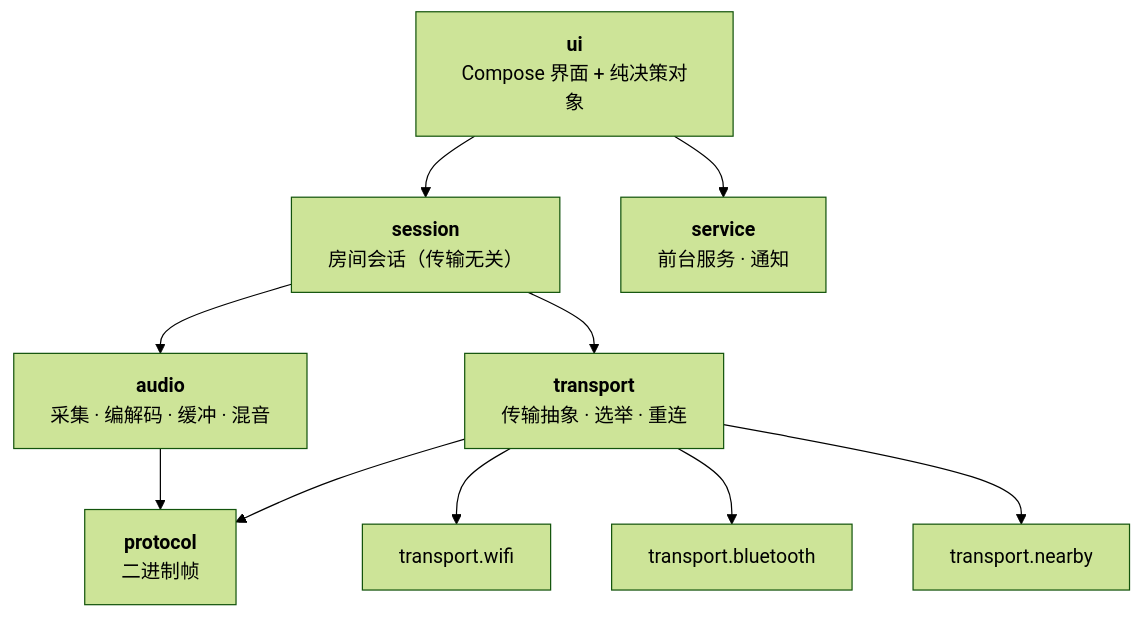
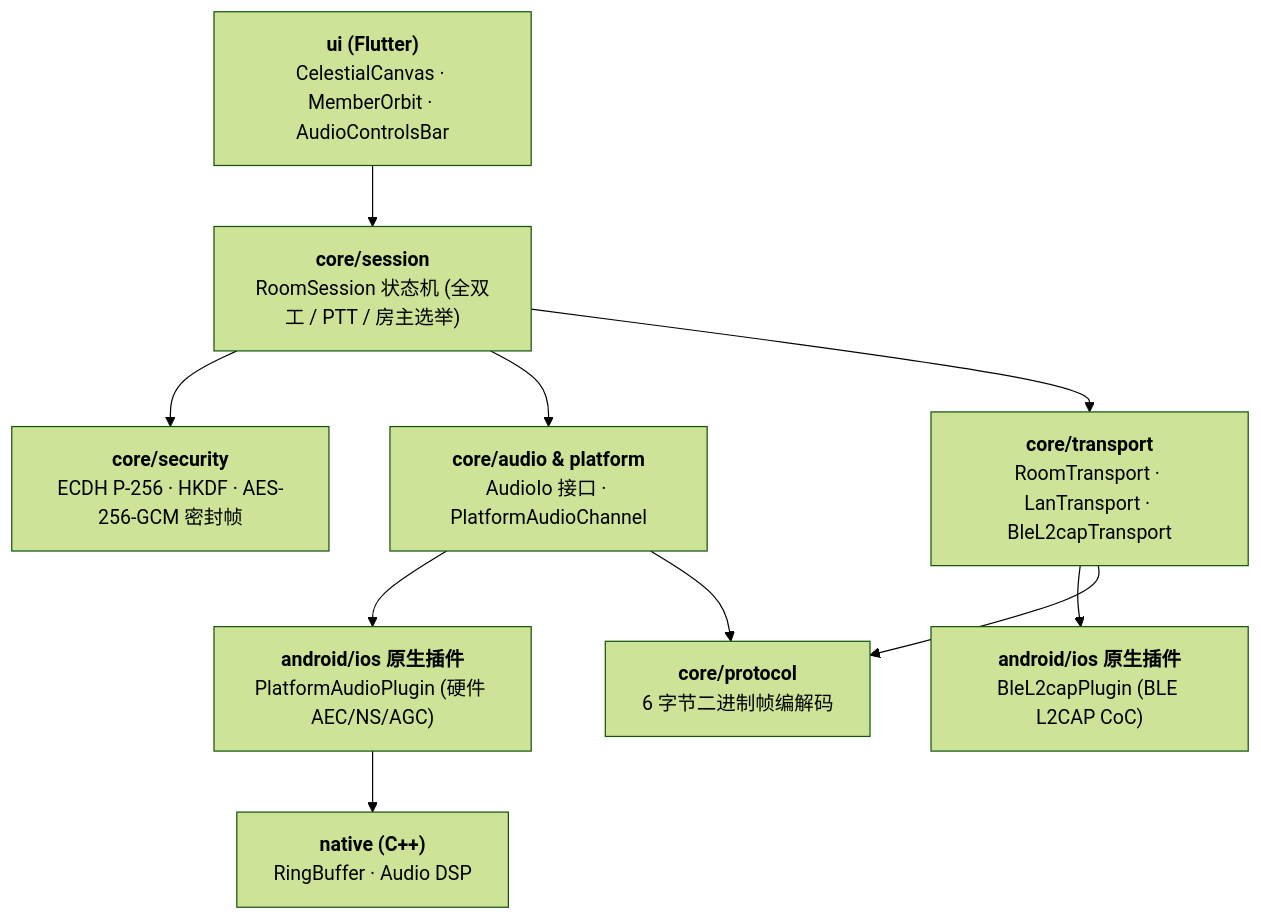
Before and after one commit to Starlordzz/sunsetripple: the diagram in docs/wiki/架构总览.md, drawn with Mermaid (forest theme). The commit also changed other lines of this file and 6 other files, not shown here.

````diff
--- a/docs/wiki/架构总览.md
+++ b/docs/wiki/架构总览.md
@@ -7,22 +7,22 @@
 ```mermaid
 flowchart TD
-    UI["<b>ui</b><br/>Compose 界面 + 纯决策对象"]
-    SESSION["<b>session</b><br/>房间会话（传输无关）"]
-    AUDIO["<b>audio</b><br/>采集 · 编解码 · 缓冲 · 混音"]
-    TRANS["<b>transport</b><br/>传输抽象 · 选举 · 重连"]
-    PROTO["<b>protocol</b><br/>二进制帧"]
-    SERVICE["<b>service</b><br/>前台服务 · 通知"]
-    WIFI["transport.wifi"]
-    BT["transport.bluetooth"]
-    NEARBY["transport.nearby"]
+    UI["<b>ui (Flutter)</b><br/>CelestialCanvas · MemberOrbit · AudioControlsBar"]
+    SESSION["<b>core/session</b><br/>RoomSession 状态机 (全双工 / PTT / 房主选举)"]
+    CRYPTO["<b>core/security</b><br/>ECDH P-256 · HKDF · AES-256-GCM 密封帧"]
+    AUDIO["<b>core/audio & platform</b><br/>AudioIo 接口 · PlatformAudioChannel"]
+    TRANS["<b>core/transport</b><br/>RoomTransport · LanTransport · BleL2capTransport"]
+    PROTO["<b>core/protocol</b><br/>6 字节二进制帧编解码"]
+    NATIVE_AUDIO["<b>android/ios 原生插件</b><br/>PlatformAudioPlugin (硬件 AEC/NS/AGC)"]
+    NATIVE_BLE["<b>android/ios 原生插件</b><br/>BleL2capPlugin (BLE L2CAP CoC)"]
+    NATIVE_DSP["<b>native (C++)</b><br/>RingBuffer · Audio DSP"]
 
     UI --> SESSION
-    UI --> SERVICE
+    SESSION --> CRYPTO
     SESSION --> AUDIO
     SESSION --> TRANS
+    AUDIO --> NATIVE_AUDIO
+    TRANS --> NATIVE_BLE
     TRANS --> PROTO
     AUDIO --> PROTO
-    TRANS --> WIFI
-    TRANS --> BT
-    TRANS --> NEARBY
+    NATIVE_AUDIO --> NATIVE_DSP
 ```
````
